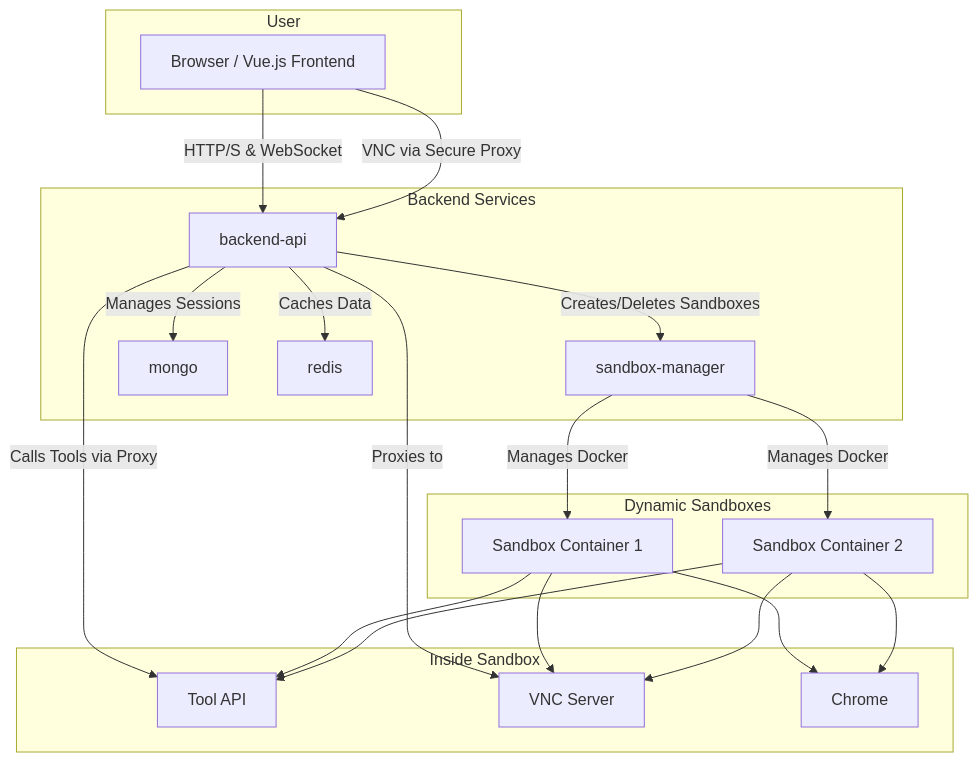
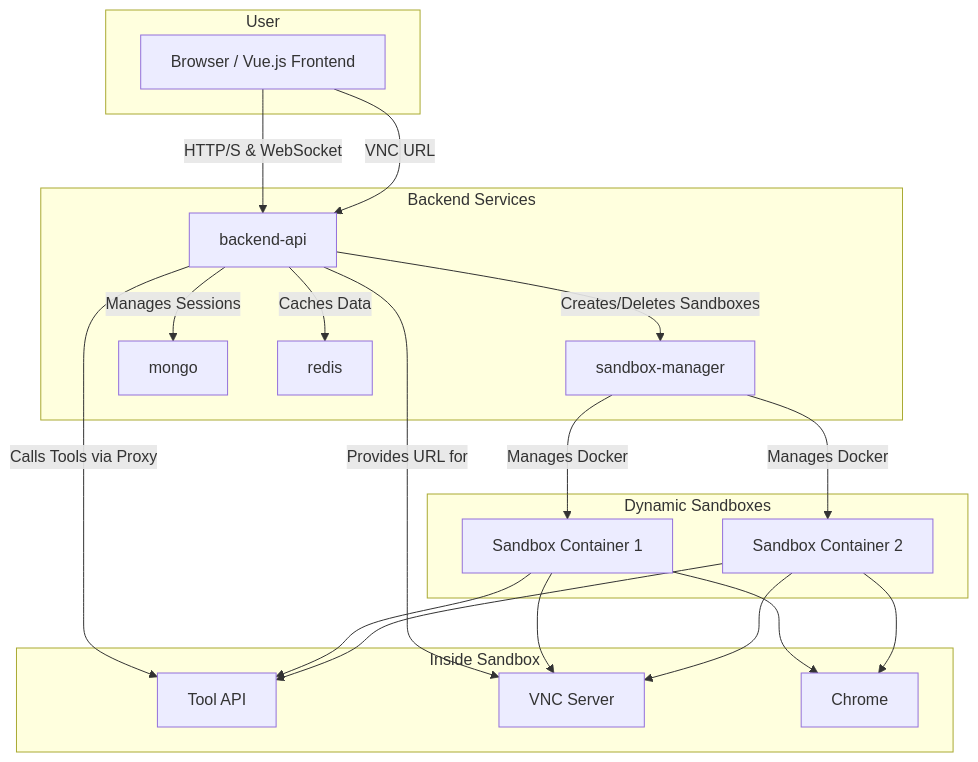
The diagram in README.md (sheikh-vegeta/Action), drawn with Mermaid before and after one commit. The commit also changed other lines of this file and 29 other files, not shown here.

First line of the commit message:
feat: Refactor backend to a full Domain-Driven Design architecture

````diff
--- a/README.md
+++ b/README.md
@@ -24,35 +32,35 @@
 ```mermaid
 graph TD
     subgraph User
         A[Browser / Vue.js Frontend]
     end
 
     subgraph Backend Services
         B[backend-api]
         C[sandbox-manager]
         D[mongo]
         E[redis]
     end
 
     subgraph "Dynamic Sandboxes"
         F[Sandbox Container 1]
         G[Sandbox Container 2]
     end
 
     subgraph "Inside Sandbox"
         H[Tool API]
         I[VNC Server]
         J[Chrome]
     end
 
     A -- HTTP/S & WebSocket --> B
     B -- Manages Sessions --> D
     B -- Caches Data --> E
     B -- Creates/Deletes Sandboxes --> C
     C -- Manages Docker --> F & G
     B -- Calls Tools via Proxy --> H
-    A -- VNC via Secure Proxy --> B -- Proxies to --> I
+    A -- VNC URL --> B -- Provides URL for --> I
 
     F --> H & I & J
     G --> H & I & J
 ```
````
